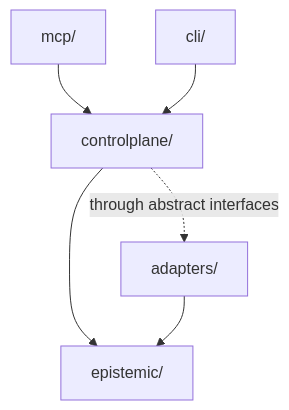
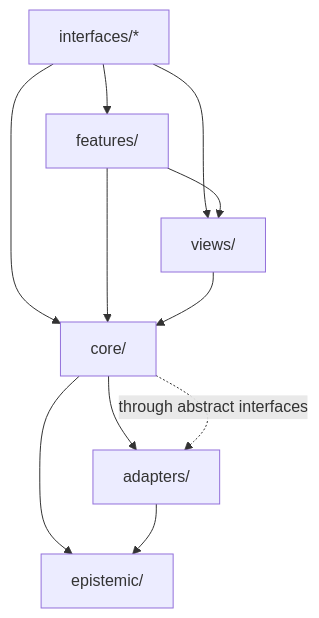
Before and after one commit to cdowd010/episteme: the first of 6 diagrams in ARCHITECTURE.md, drawn with Mermaid. The commit also changed other lines of this file and 3 other files, not shown here.

Commit message:
Updated documentation to reflect the new architecture

````diff
--- a/ARCHITECTURE.md
+++ b/ARCHITECTURE.md
@@ -96,8 +120,13 @@
 ```mermaid
 graph TD
-    MCP["mcp/"] --> CP["controlplane/"]
-    CLI["cli/"] --> CP
-    CP --> EPI["epistemic/"]
-    ADP["adapters/"] --> EPI
-    CP -.->|"through abstract interfaces"| ADP
+    IFACE["interfaces/*"] --> FEAT["features/"]
+    IFACE --> VIEWS["views/"]
+    IFACE --> CORE["core/"]
+    FEAT --> VIEWS
+    FEAT --> CORE
+    VIEWS --> CORE
+    CORE --> ADP["adapters/"]
+    CORE --> EPI["epistemic/"]
+    ADP --> EPI
+    CORE -.->|"through abstract interfaces"| ADP
 ```
````
